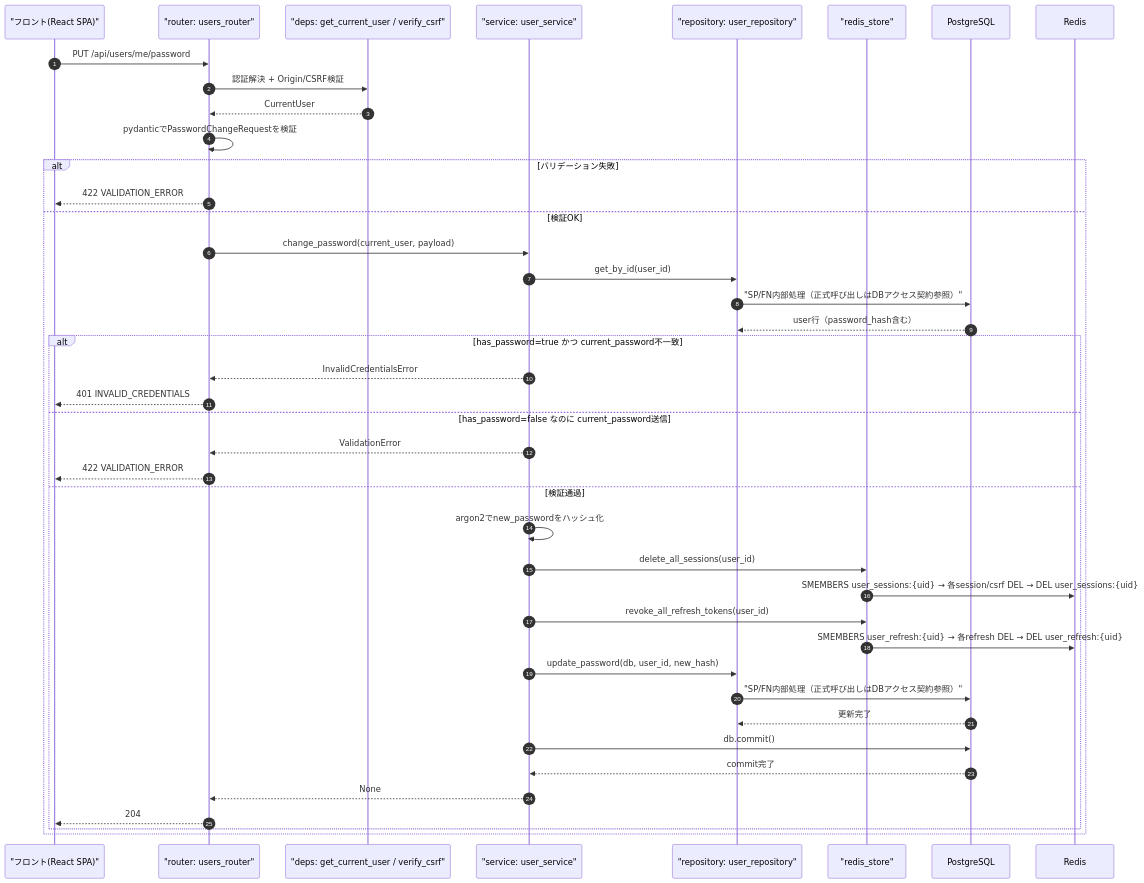
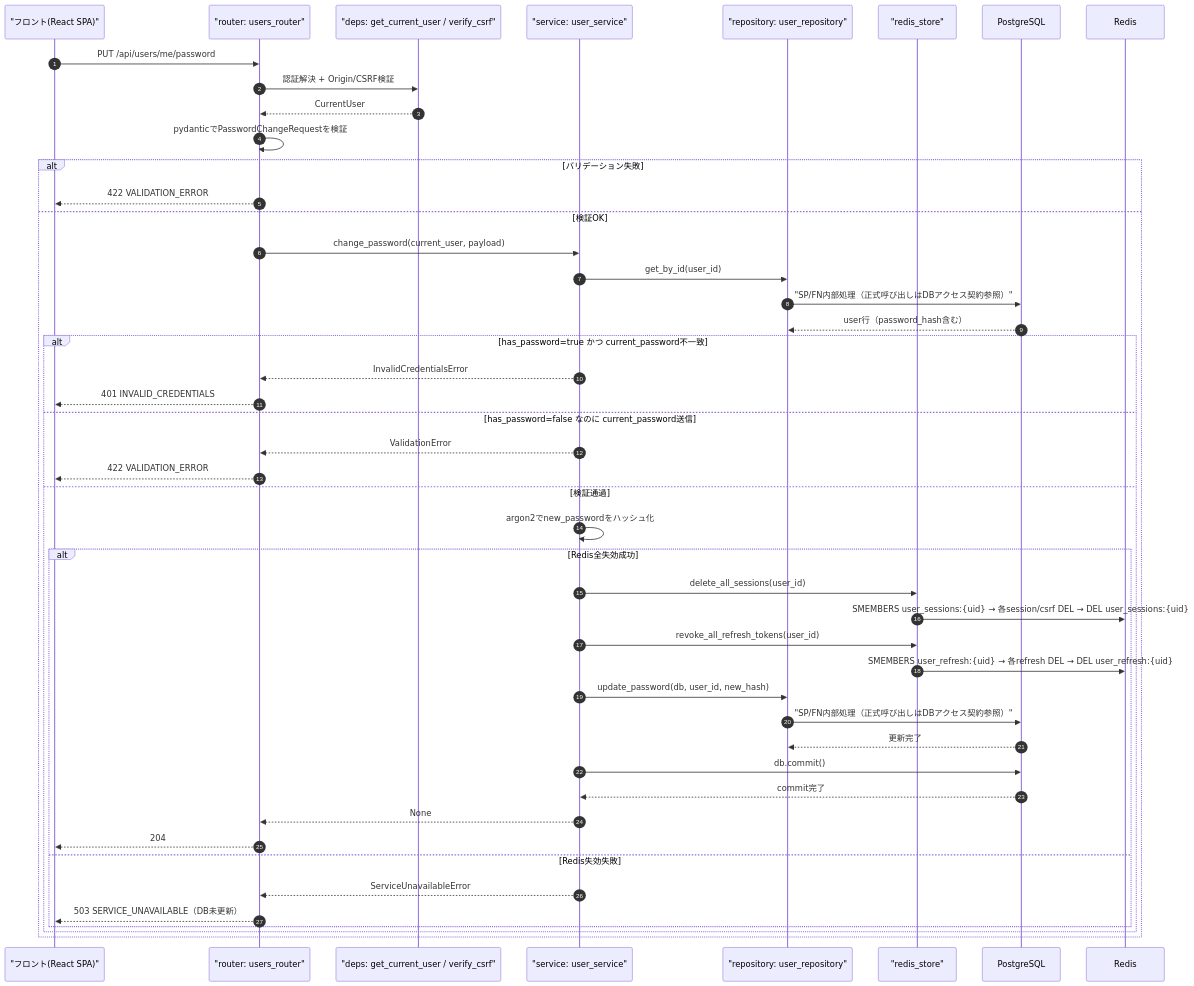
Before and after one commit to oikawa-d/task_management: the first of 4 diagrams in docs/detailed_design/api/users/03_put_users_me_password.md, drawn with Mermaid. The commit also changed other lines of this file and 80 other files, not shown here.

````diff
--- a/docs/detailed_design/api/users/03_put_users_me_password.md
+++ b/docs/detailed_design/api/users/03_put_users_me_password.md
@@ -82,45 +82,50 @@
 ```mermaid
 sequenceDiagram
     autonumber
     participant FE as "フロント(React SPA)"
     participant R as "router: users_router"
     participant DEP as "deps: get_current_user / verify_csrf"
     participant S as "service: user_service"
     participant URP as "repository: user_repository"
     participant RS as "redis_store"
     participant PG as PostgreSQL
     participant RD as Redis
 
     FE->>R: PUT /api/users/me/password
     R->>DEP: 認証解決 + Origin/CSRF検証
     DEP-->>R: CurrentUser
     R->>R: pydanticでPasswordChangeRequestを検証
     alt バリデーション失敗
         R-->>FE: 422 VALIDATION_ERROR
     else 検証OK
         R->>S: change_password(current_user, payload)
         S->>URP: get_by_id(user_id)
         URP->>PG: "SP/FN内部処理（正式呼び出しはDBアクセス契約参照）"
         PG-->>URP: user行（password_hash含む）
         alt has_password=true かつ current_password不一致
             S-->>R: InvalidCredentialsError
             R-->>FE: 401 INVALID_CREDENTIALS
         else has_password=false なのに current_password送信
             S-->>R: ValidationError
             R-->>FE: 422 VALIDATION_ERROR
         else 検証通過
             S->>S: argon2でnew_passwordをハッシュ化
-            S->>RS: delete_all_sessions(user_id)
-            RS->>RD: SMEMBERS user_sessions:{uid} → 各session/csrf DEL → DEL user_sessions:{uid}
-            S->>RS: revoke_all_refresh_tokens(user_id)
-            RS->>RD: SMEMBERS user_refresh:{uid} → 各refresh DEL → DEL user_refresh:{uid}
-            S->>URP: update_password(db, user_id, new_hash)
-            URP->>PG: "SP/FN内部処理（正式呼び出しはDBアクセス契約参照）"
-            PG-->>URP: 更新完了
-            S->>PG: db.commit()
-            PG-->>S: commit完了
-            S-->>R: None
-            R-->>FE: 204
+            alt Redis全失効成功
+                S->>RS: delete_all_sessions(user_id)
+                RS->>RD: SMEMBERS user_sessions:{uid} → 各session/csrf DEL → DEL user_sessions:{uid}
+                S->>RS: revoke_all_refresh_tokens(user_id)
+                RS->>RD: SMEMBERS user_refresh:{uid} → 各refresh DEL → DEL user_refresh:{uid}
+                S->>URP: update_password(db, user_id, new_hash)
+                URP->>PG: "SP/FN内部処理（正式呼び出しはDBアクセス契約参照）"
+                PG-->>URP: 更新完了
+                S->>PG: db.commit()
+                PG-->>S: commit完了
+                S-->>R: None
+                R-->>FE: 204
+            else Redis失効失敗
+                S-->>R: ServiceUnavailableError
+                R-->>FE: 503 SERVICE_UNAVAILABLE（DB未更新）
+            end
         end
     end
 ```
````
